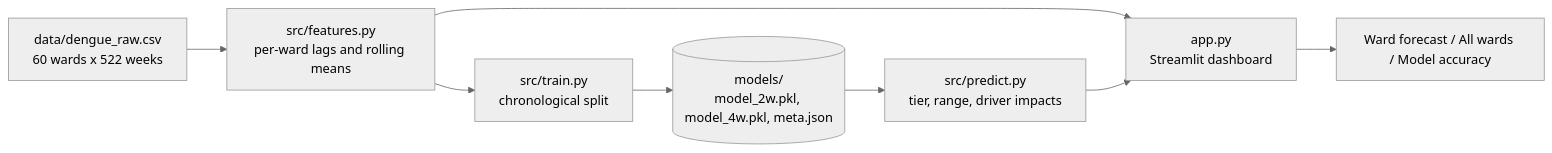
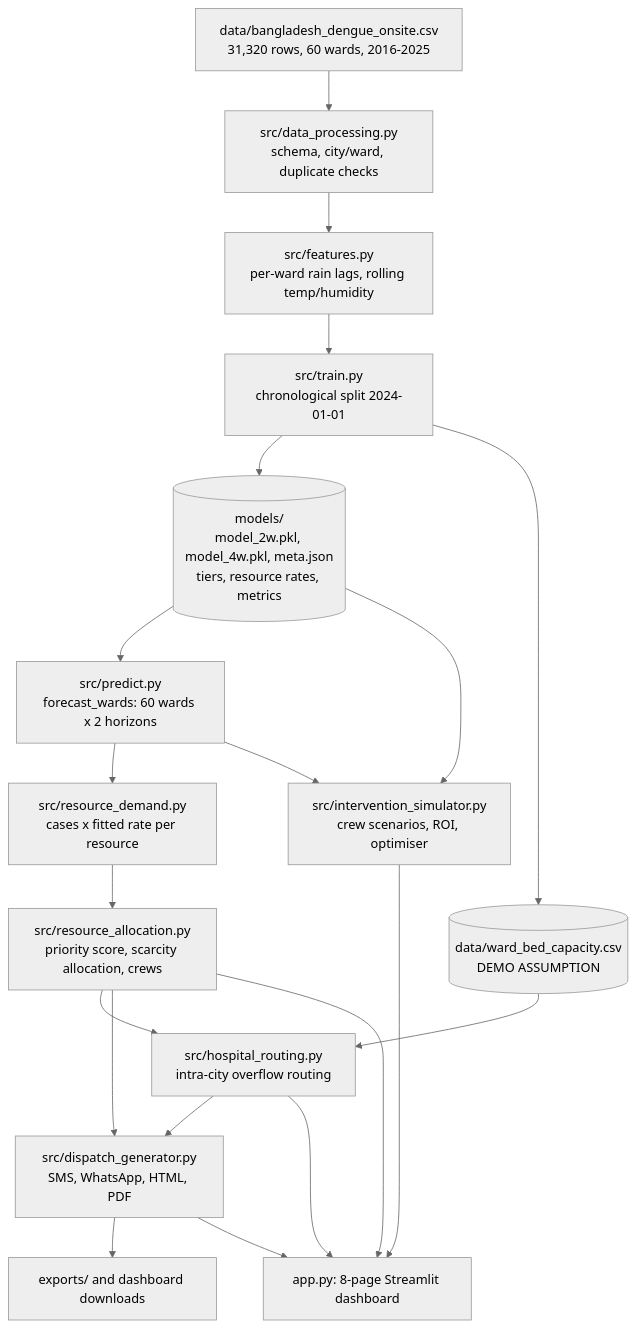
One commit to DRAGNEEL-LEO/Dengue-early-warning changed the diagram in ARCHITECTURE.md. Above: the diagram before and after it, drawn with Mermaid (neutral theme). The commit also changed other lines of this file and 13 other files, not shown here.

First line of the commit message:
[version-onsite-final] Update documentation and add sample dispatch exports

````diff
--- a/ARCHITECTURE.md
+++ b/ARCHITECTURE.md
@@ -5,10 +8,22 @@
 ```mermaid
-flowchart LR
-    A[data/dengue_raw.csv<br/>60 wards x 522 weeks] --> B[src/features.py<br/>per-ward lags and rolling means]
-    B --> C[src/train.py<br/>chronological split]
-    C --> D[(models/<br/>model_2w.pkl, model_4w.pkl, meta.json)]
-    D --> E[src/predict.py<br/>tier, range, driver impacts]
-    B --> F[app.py<br/>Streamlit dashboard]
-    E --> F
-    F --> G[Ward forecast / All wards / Model accuracy]
+flowchart TD
+    A[data/bangladesh_dengue_onsite.csv<br/>31,320 rows, 60 wards, 2016-2025] --> V[src/data_processing.py<br/>schema, city/ward, duplicate checks]
+    V --> B[src/features.py<br/>per-ward rain lags, rolling temp/humidity]
+    B --> C[src/train.py<br/>chronological split 2024-01-01]
+    C --> D[(models/<br/>model_2w.pkl, model_4w.pkl, meta.json<br/>tiers, resource rates, metrics)]
+    C --> K[(data/ward_bed_capacity.csv<br/>DEMO ASSUMPTION)]
+    D --> P[src/predict.py<br/>forecast_wards: 60 wards x 2 horizons]
+    P --> RD[src/resource_demand.py<br/>cases x fitted rate per resource]
+    RD --> RA[src/resource_allocation.py<br/>priority score, scarcity allocation, crews]
+    RA --> HR[src/hospital_routing.py<br/>intra-city overflow routing]
+    K --> HR
+    P --> SIM[src/intervention_simulator.py<br/>crew scenarios, ROI, optimiser]
+    D --> SIM
+    RA --> DG[src/dispatch_generator.py<br/>SMS, WhatsApp, HTML, PDF]
+    HR --> DG
+    DG --> X[exports/ and dashboard downloads]
+    RA --> UI[app.py: 8-page Streamlit dashboard]
+    HR --> UI
+    SIM --> UI
+    DG --> UI
 ```
````
